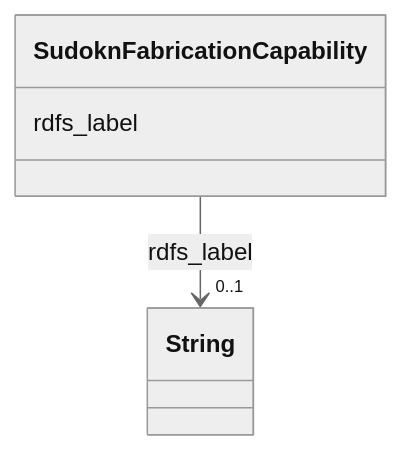
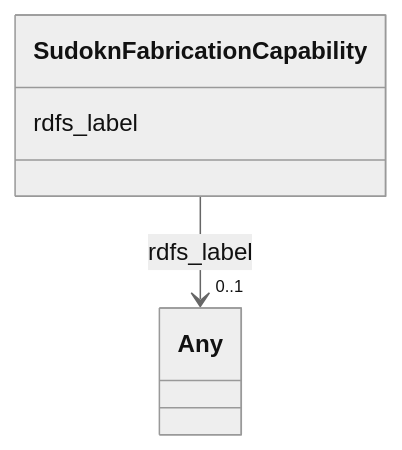
Before and after one commit to frink-okn/graph-descriptions: the diagram in sudokn-kg/classes/SudoknFabricationCapability.md, drawn with Mermaid (neutral theme). The commit also changed other lines of this file and 903 other files, not shown here.

````diff
--- a/sudokn-kg/classes/SudoknFabricationCapability.md
+++ b/sudokn-kg/classes/SudoknFabricationCapability.md
@@ -23,15 +18,15 @@
 ```mermaid
  classDiagram
     class SudoknFabricationCapability
     click SudoknFabricationCapability href "../SudoknFabricationCapability"
       SudoknFabricationCapability : rdfs_label
         
           
     
     
-    SudoknFabricationCapability --> "0..1" String : rdfs_label
-    click String href "../String"
+    SudoknFabricationCapability --> "0..1" Any : rdfs_label
+    click Any href "../Any"
 
         
       
 ```
````
